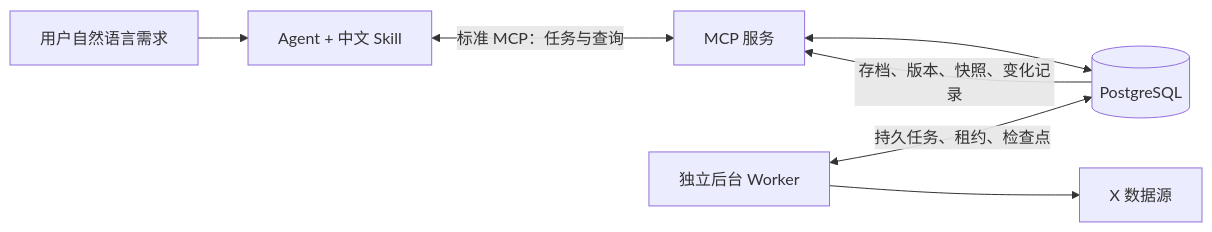
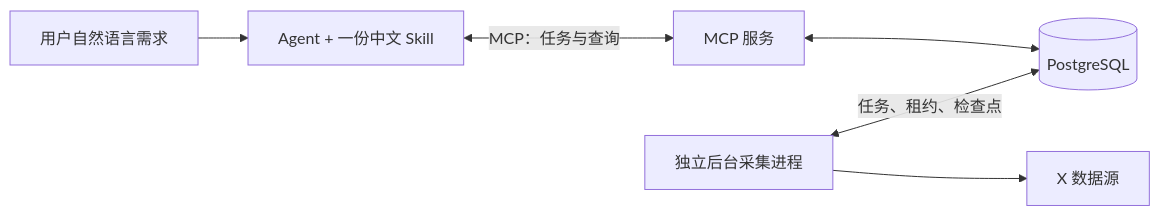
One commit to zhuy3075-ui/X-agent-skill changed the diagram in README.md. Above: the diagram before and after it, drawn with Mermaid. The commit also changed other lines of this file and 17 other files, not shown here.

````diff
--- a/README.md
+++ b/README.md
@@ -35,9 +20,8 @@
 ```mermaid
 flowchart LR
-    U[用户自然语言需求] --> A[Agent + 中文 Skill]
-    A <-->|标准 MCP：任务与查询| M[MCP 服务]
+    U[用户自然语言需求] --> A[Agent + 一份中文 Skill]
+    A <-->|MCP：任务与查询| M[MCP 服务]
     M <--> D[(PostgreSQL)]
-    W[独立后台 Worker] <-->|持久任务、租约、检查点| D
+    W[独立后台采集进程] <-->|任务、租约、检查点| D
     W --> X[X 数据源]
-    D -->|存档、版本、快照、变化记录| M
 ```
````
